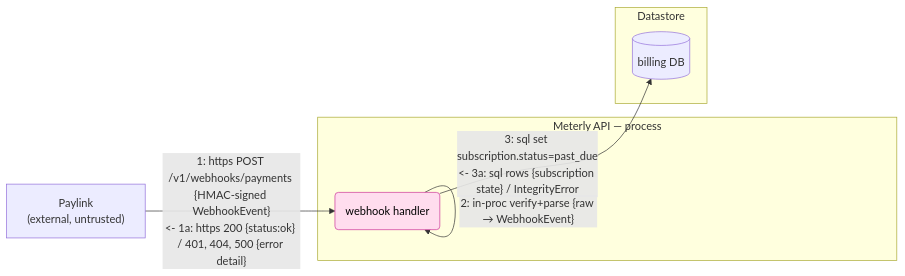
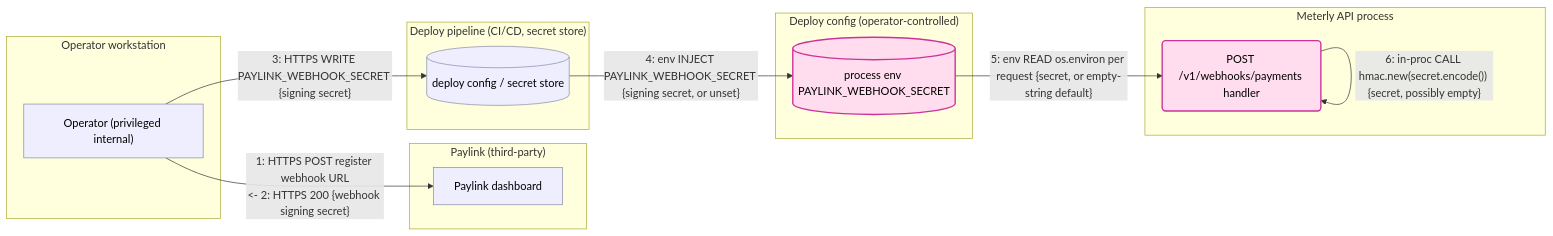
Before and after one commit to sndcr/threat-modeling-skill: the third of 3 diagrams in examples/meterly-paylink-webhook/THREAT-MODEL.md, drawn with Mermaid. The commit also changed other lines of this file and 4 other files, not shown here.

````diff
--- a/examples/meterly-paylink-webhook/THREAT-MODEL.md
+++ b/examples/meterly-paylink-webhook/THREAT-MODEL.md
@@ -95,15 +116,29 @@
 ```mermaid
 flowchart LR
-    PL["Paylink<br/>(external, untrusted)"]
-    subgraph app["Meterly API — process"]
-      WH("webhook handler")
+    subgraph corp["Operator workstation"]
+        Op["Operator (privileged internal)"]
     end
-    subgraph store["Datastore"]
-      DB[("billing DB")]
+    subgraph pl["Paylink (third-party)"]
+        Dash["Paylink dashboard"]
     end
-    PL -->|"1: https POST /v1/webhooks/payments {HMAC-signed WebhookEvent}<br/><- 1a: https 200 {status:ok} / 401, 404, 500 {error detail}"| WH
-    WH -->|"2: in-proc verify+parse {raw → WebhookEvent}"| WH
-    WH -->|"3: sql set subscription.status=past_due<br/><- 3a: sql rows {subscription state} / IntegrityError"| DB
-    classDef scope fill:#fde,stroke:#c39,color:#000;
-    class WH scope
+    subgraph deploy["Deploy pipeline (CI/CD, secret store)"]
+        Store[("deploy config / secret store")]
+    end
+    subgraph cfg["Deploy config (operator-controlled)"]
+        Env[("process env PAYLINK_WEBHOOK_SECRET")]
+    end
+    subgraph api["Meterly API process"]
+        Hook("POST /v1/webhooks/payments handler")
+    end
+
+    Op -->|"1: HTTPS POST register webhook URL<br/><- 2: HTTPS 200 {webhook signing secret}"| Dash
+    Op -->|"3: HTTPS WRITE PAYLINK_WEBHOOK_SECRET {signing secret}"| Store
+    Store -->|"4: env INJECT PAYLINK_WEBHOOK_SECRET {signing secret, or unset}"| Env
+    Env -->|"5: env READ os.environ per request {secret, or empty-string default}"| Hook
+    Hook -->|"6: in-proc CALL hmac.new(secret.encode()) {secret, possibly empty}"| Hook
+
+    classDef scope fill:#fde,stroke:#c39,stroke-width:2px,color:#000;
+    classDef neighbor fill:#eef,stroke:#88a,color:#000;
+    class Env,Hook scope
+    class Op,Dash,Store neighbor
 ```
````
